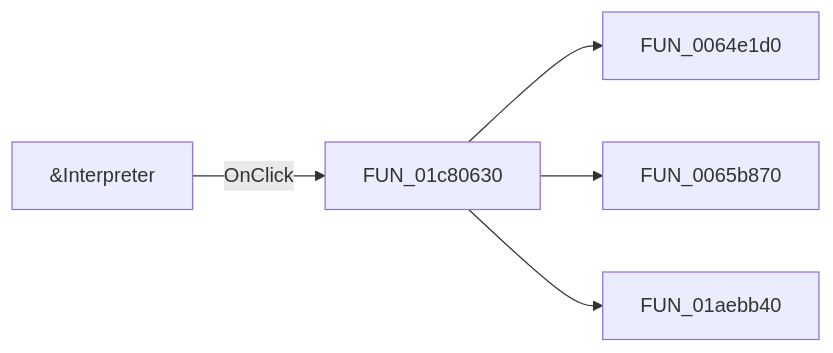
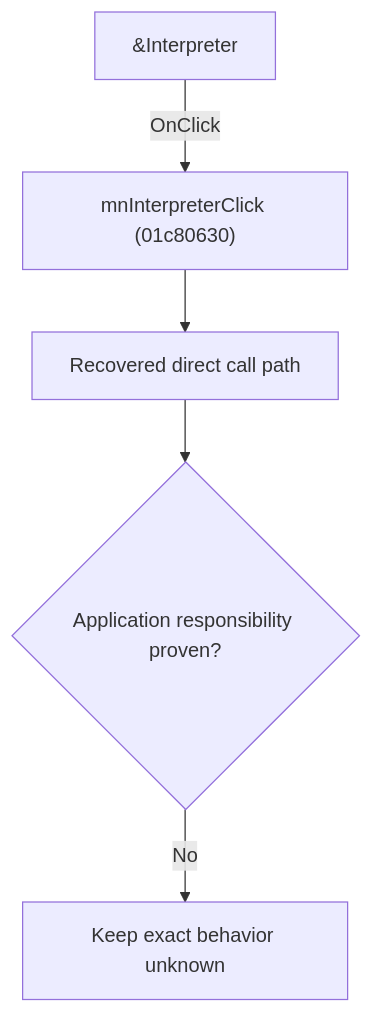
Before and after one commit to MovGP0/TIARA: the diagram in docs/ui-controls/schematiceditor/mninterpreter-cad28ec42f.md, drawn with Mermaid. The commit also changed other lines of this file and 1062 other files, not shown here.

````diff
--- a/docs/ui-controls/schematiceditor/mninterpreter-cad28ec42f.md
+++ b/docs/ui-controls/schematiceditor/mninterpreter-cad28ec42f.md
@@ -27,7 +27,7 @@
 ```mermaid
-flowchart LR
-    control["&Interpreter"] -->|OnClick| handler["FUN_01c80630"]
-    handler --> call1["FUN_0064e1d0"]
-    handler --> call2["FUN_0065b870"]
-    handler --> call3["FUN_01aebb40"]
+flowchart TD
+    control["&Interpreter"] -->|"OnClick"| handler["mnInterpreterClick (01c80630)"]
+    handler --> recovered["Recovered direct call path"]
+    recovered --> gap{"Application responsibility proven?"}
+    gap -->|"No"| blocked["Keep exact behavior unknown"]
 ```
````
